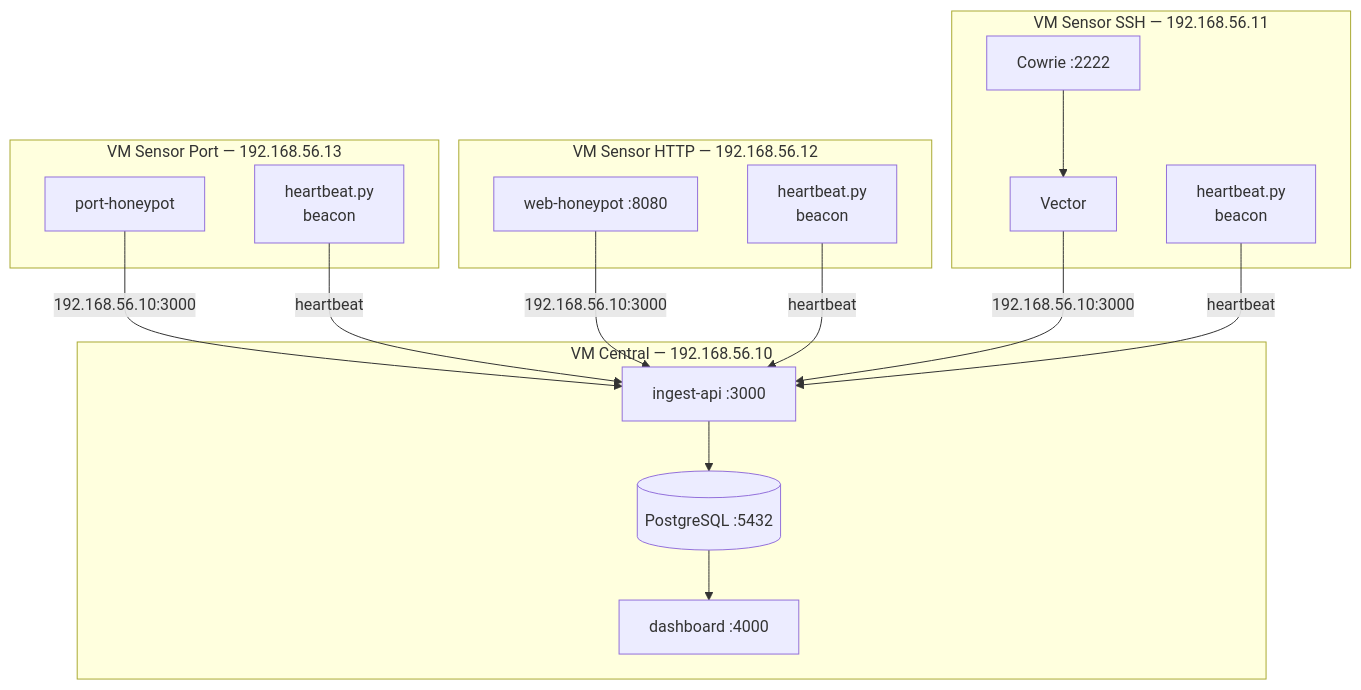
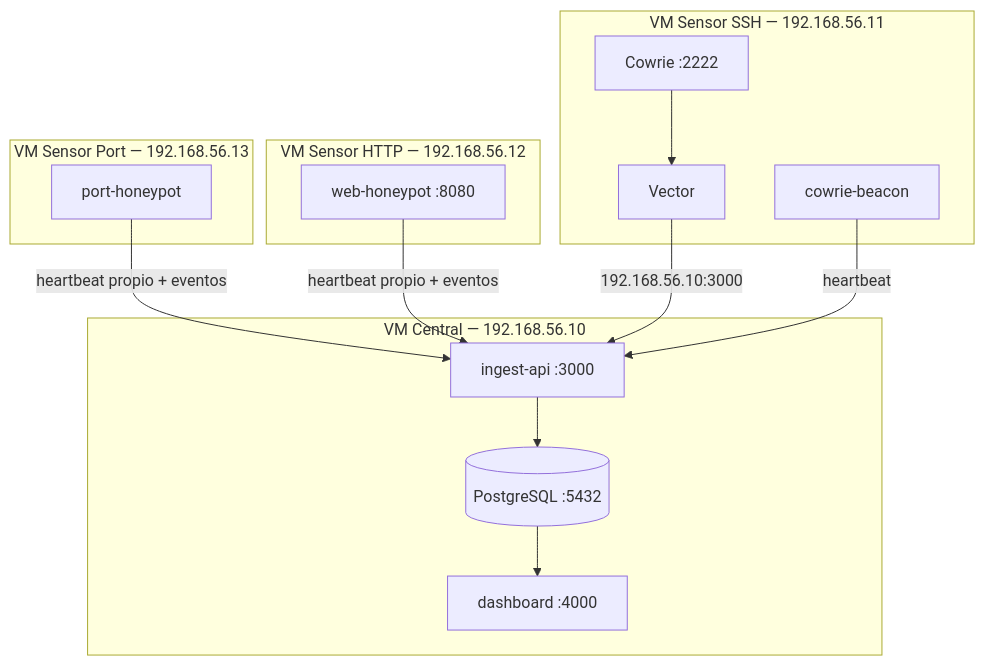
The diagram in apps/docs/src/content/docs/deployment/multi-vm-local.md (elrichi31/honeypot-ai), drawn with Mermaid before and after one commit. The commit also changed other lines of this file and 22 other files, not shown here.

````diff
--- a/apps/docs/src/content/docs/deployment/multi-vm-local.md
+++ b/apps/docs/src/content/docs/deployment/multi-vm-local.md
@@ -12,31 +12,29 @@
 ```mermaid
 graph TD
     subgraph "VM Central — 192.168.56.10"
         POSTGRES[(PostgreSQL :5432)]
         API[ingest-api :3000]
         DASH[dashboard :4000]
     end
 
     subgraph "VM Sensor SSH — 192.168.56.11"
         COW[Cowrie :2222]
         VEC[Vector]
-        HB_SSH[heartbeat.py\nbeacon]
+        HB_SSH[cowrie-beacon]
     end
 
     subgraph "VM Sensor HTTP — 192.168.56.12"
         WEB[web-honeypot :8080]
-        HB_WEB[heartbeat.py\nbeacon]
     end
 
     subgraph "VM Sensor Port — 192.168.56.13"
         PORT[port-honeypot]
-        HB_PORT[heartbeat.py\nbeacon]
     end
 
     COW --> VEC -->|192.168.56.10:3000| API
-    WEB -->|192.168.56.10:3000| API
-    PORT -->|192.168.56.10:3000| API
-    HB_SSH & HB_WEB & HB_PORT -->|heartbeat| API
+    WEB -->|heartbeat propio + eventos| API
+    PORT -->|heartbeat propio + eventos| API
+    HB_SSH -->|heartbeat| API
     API --> POSTGRES
     POSTGRES --> DASH
 ```
````
